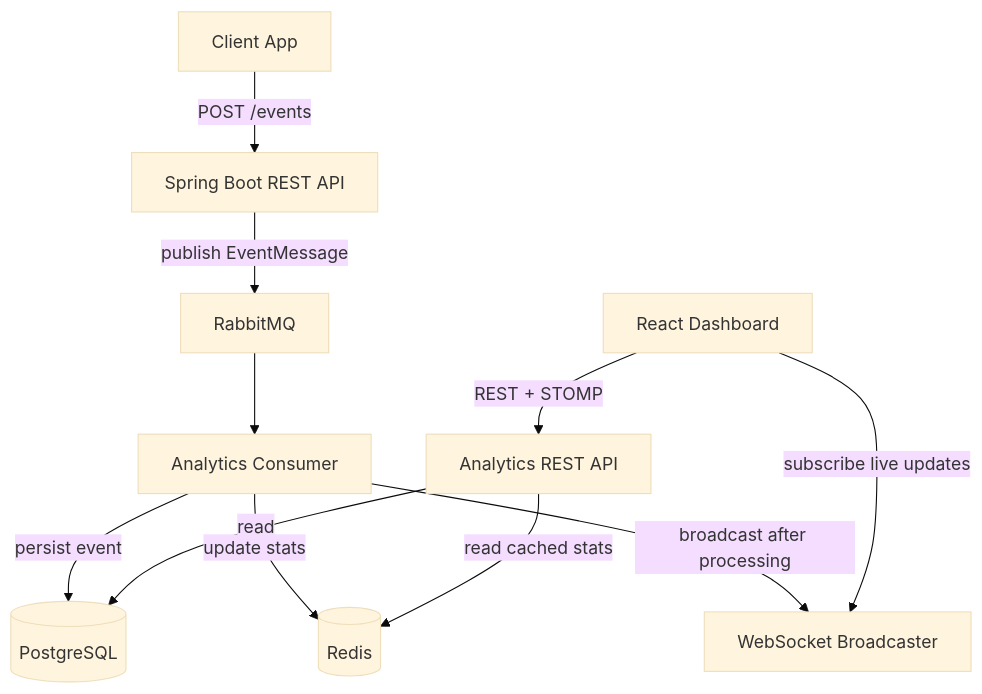
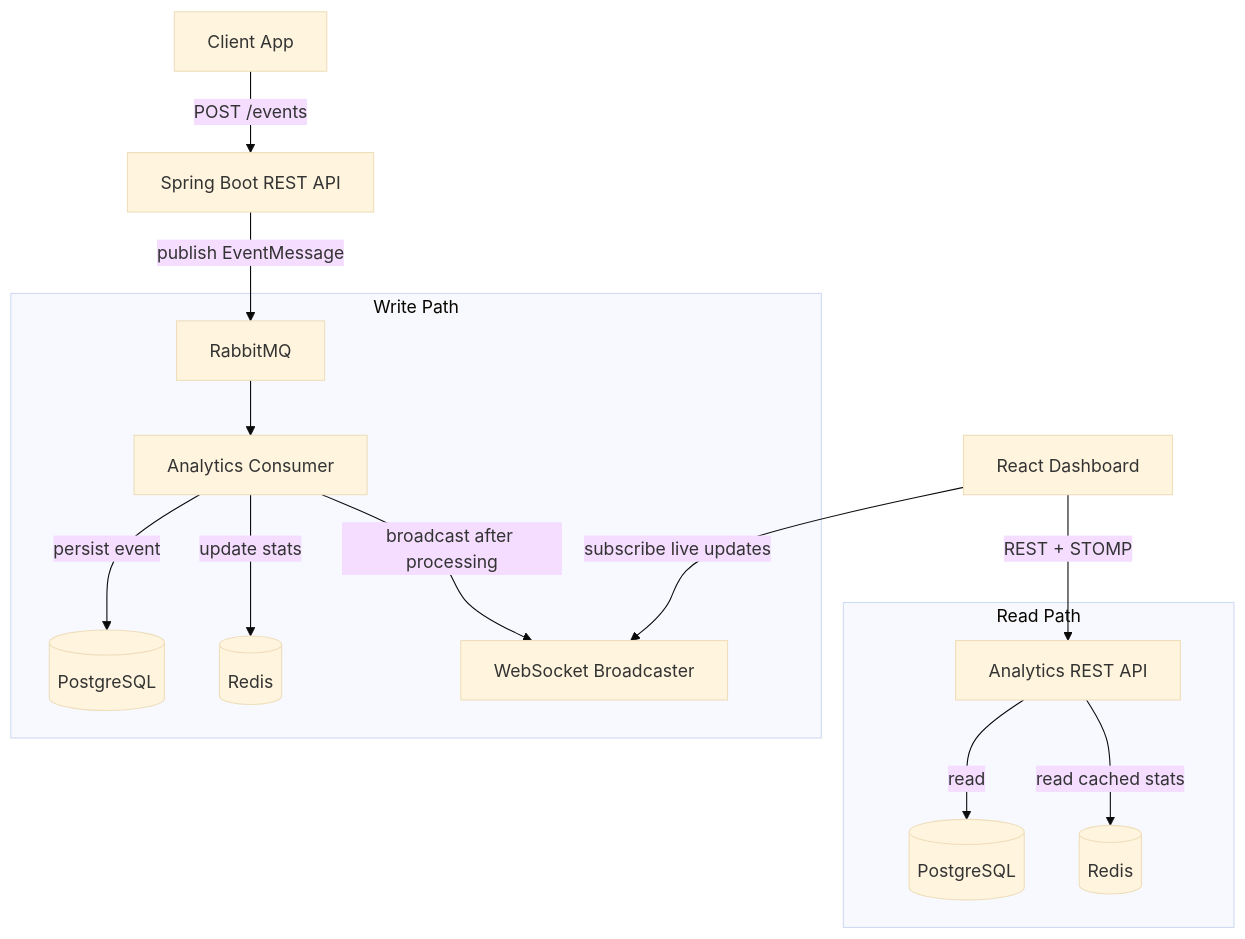
One commit to Abdul-Rafy2005/pulseflow changed the diagram in README.md. Above: the diagram before and after it, drawn with Mermaid (base theme).

````diff
--- a/README.md
+++ b/README.md
@@ -11,23 +10,32 @@
 ```mermaid
 flowchart TB
     ClientApp[Client App]
     API[Spring Boot REST API]
     RMQ[RabbitMQ]
-    Consumer[Analytics Consumer]
-    PG[(PostgreSQL)]
-    Redis[(Redis)]
-    AnalyticsAPI[Analytics REST API]
-    WS[WebSocket Broadcaster]
     Dashboard[React Dashboard]
 
     ClientApp -->|POST /events| API
     API -->|publish EventMessage| RMQ
-    RMQ --> Consumer
-    Consumer -->|persist event| PG
-    Consumer -->|update stats| Redis
-    Consumer -->|broadcast after processing| WS
-    AnalyticsAPI -->|read| PG
-    AnalyticsAPI -->|read cached stats| Redis
+
+    subgraph Write Path
+        Consumer[Analytics Consumer]
+        PG[(PostgreSQL)]
+        Redis1[(Redis)]
+        WS[WebSocket Broadcaster]
+        RMQ --> Consumer
+        Consumer -->|persist event| PG
+        Consumer -->|update stats| Redis1
+        Consumer -->|broadcast after processing| WS
+    end
+
+    subgraph Read Path
+        AnalyticsAPI[Analytics REST API]
+        PG2[(PostgreSQL)]
+        Redis2[(Redis)]
+        AnalyticsAPI -->|read| PG2
+        AnalyticsAPI -->|read cached stats| Redis2
+    end
+
     Dashboard -->|REST + STOMP| AnalyticsAPI
     Dashboard -->|subscribe live updates| WS
 ```
````
